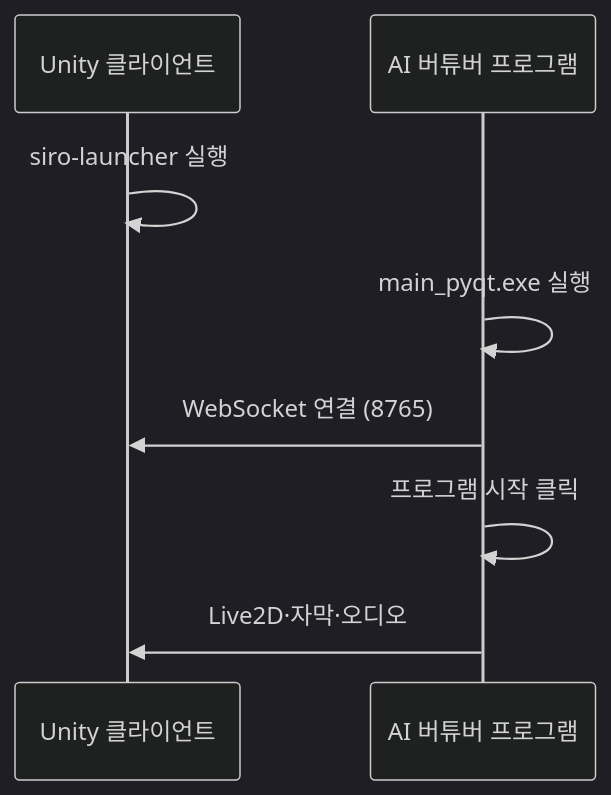
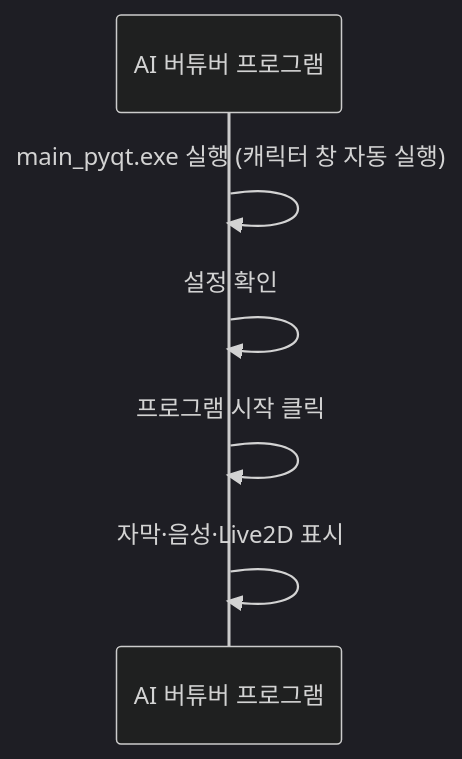
One commit to sesang06/siro-manual changed the diagram in pages/01-getting-started.md. Above: the diagram before and after it, drawn with Mermaid (dark theme). The commit also changed other lines of this file and 6 other files, not shown here.

````diff
--- a/pages/01-getting-started.md
+++ b/pages/01-getting-started.md
@@ -114,11 +106,9 @@
 ```mermaid
 sequenceDiagram
-    participant U as Unity 클라이언트
     participant P as AI 버튜버 프로그램
 
-    U->>U: siro-launcher 실행
-    P->>P: main_pyqt.exe 실행
-    P->>U: WebSocket 연결 (8765)
+    P->>P: main_pyqt.exe 실행 (캐릭터 창 자동 실행)
+    P->>P: 설정 확인
     P->>P: 프로그램 시작 클릭
-    P->>U: Live2D·자막·오디오
+    P->>P: 자막·음성·Live2D 표시
 ```
````
